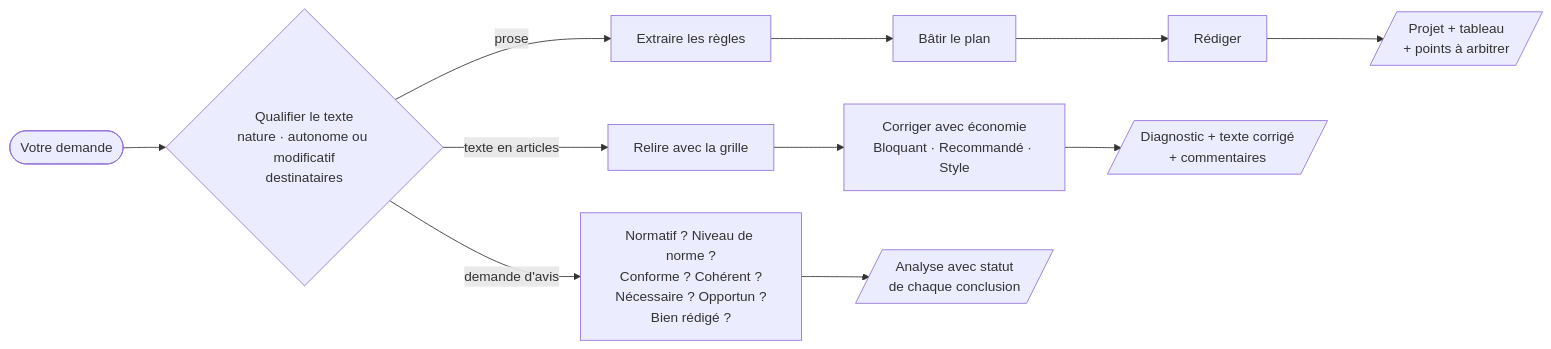
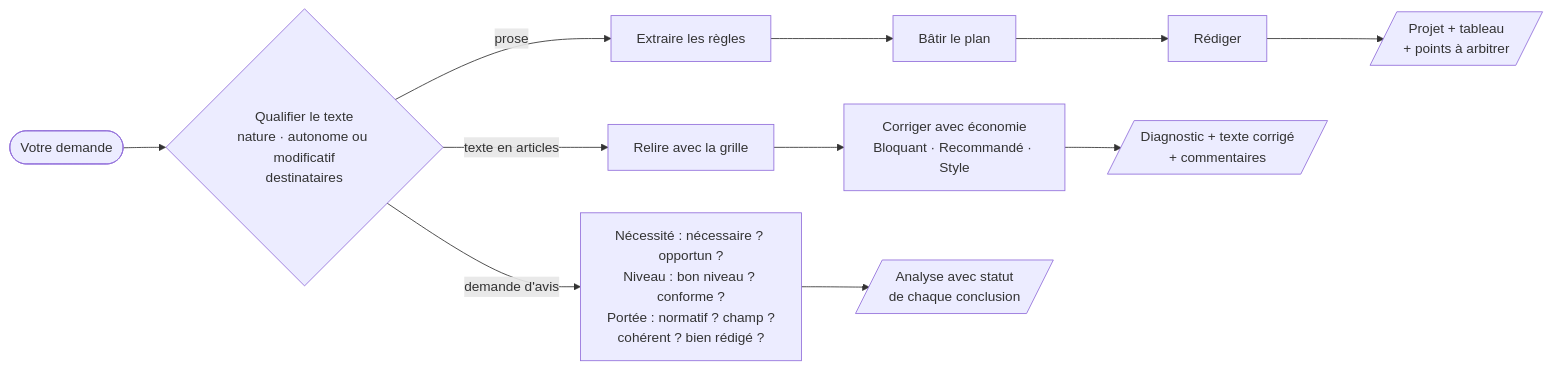
One commit to kilianvivien/skill-legistique-fr changed the diagram in README.md. Above: the diagram before and after it, drawn with Mermaid. The commit also changed other lines of this file and 4 other files, not shown here.

First line of the commit message:
Analyse : plan en nécessité, niveau, portée

````diff
--- a/README.md
+++ b/README.md
@@ -375,13 +373,13 @@
 ```mermaid
 flowchart LR
     U([Votre demande]) --> Q{Qualifier le texte<br/>nature · autonome ou modificatif<br/>destinataires}
     Q -->|prose| A1[Extraire les règles]
     A1 --> A2[Bâtir le plan]
     A2 --> A3[Rédiger]
     A3 --> A4[/Projet + tableau<br/>+ points à arbitrer/]
     Q -->|texte en articles| B1[Relire avec la grille]
     B1 --> B2[Corriger avec économie<br/>Bloquant · Recommandé · Style]
     B2 --> B3[/Diagnostic + texte corrigé<br/>+ commentaires/]
-    Q -->|demande d'avis| C1[Normatif ? Niveau de norme ?<br/>Conforme ? Cohérent ?<br/>Nécessaire ? Opportun ?<br/>Bien rédigé ?]
+    Q -->|demande d'avis| C1[Nécessité : nécessaire ? opportun ?<br/>Niveau : bon niveau ? conforme ?<br/>Portée : normatif ? champ ?<br/>cohérent ? bien rédigé ?]
     C1 --> C2[/Analyse avec statut<br/>de chaque conclusion/]
 ```
````
